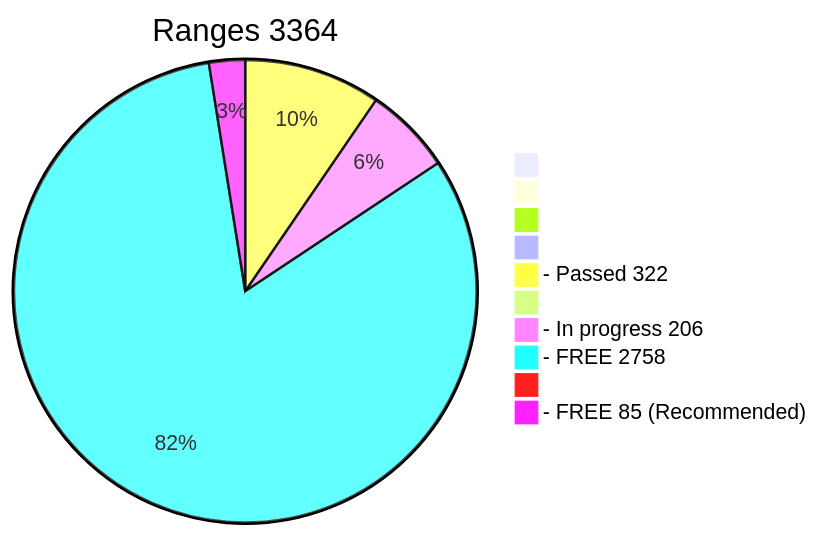
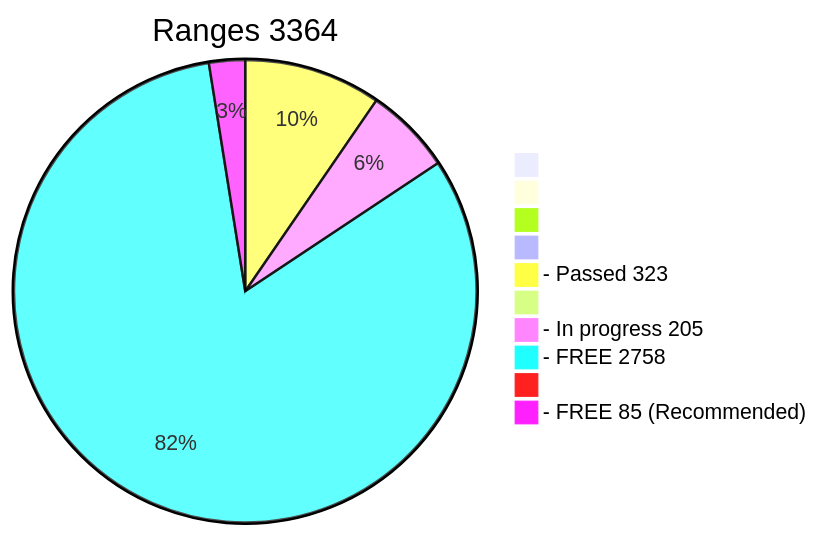
The diagram in x64/Release/table.md (phrutis/wif500), drawn with Mermaid before and after one commit. The commit also changed other lines of this file, not shown here.

````diff
--- a/x64/Release/table.md
+++ b/x64/Release/table.md
@@ -2,13 +2,13 @@
 ```mermaid
 pie title Ranges 3364
   " " : 0
   "  " : 0
   "   " : 0
   "    " : 0
-  "- Passed 322" : 322
+  "- Passed 323" : 323
   "     " : 0
-  "- In progress 206" : 206
+  "- In progress 205" : 205
   "- FREE 2758" : 2758
   "      " : 0
   "- FREE 85 (Recommended)" : 85
 ```
````
